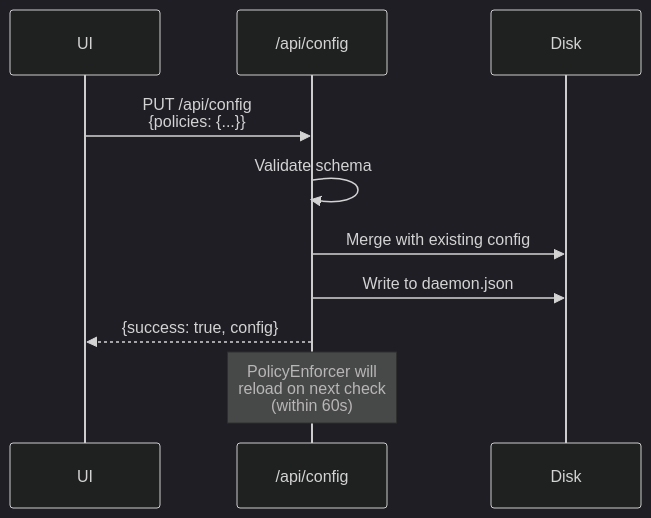
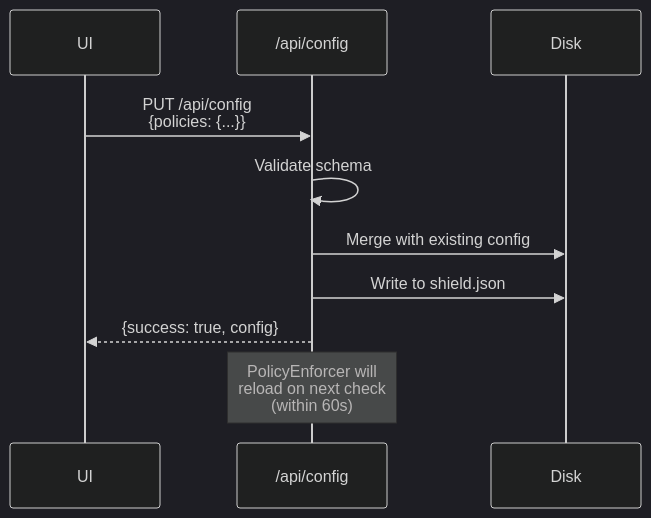
One commit to agen-co/agenshield changed the sixth of 13 diagrams in ARCHITECTURE.md. Above: the diagram before and after it, drawn with Mermaid (dark theme). The commit also changed other lines of this file and 89 other files, not shown here.

````diff
--- a/ARCHITECTURE.md
+++ b/ARCHITECTURE.md
@@ -354,16 +409,16 @@
 ```mermaid
 sequenceDiagram
     participant UI
     participant Daemon as /api/config
     participant Disk
 
     UI->>Daemon: PUT /api/config<br/>{policies: {...}}
 
     Daemon->>Daemon: Validate schema
     Daemon->>Disk: Merge with existing config
-    Daemon->>Disk: Write to daemon.json
+    Daemon->>Disk: Write to shield.json
 
     Daemon-->>UI: {success: true, config}
 
     Note over Daemon: PolicyEnforcer will<br/>reload on next check<br/>(within 60s)
 ```
````
